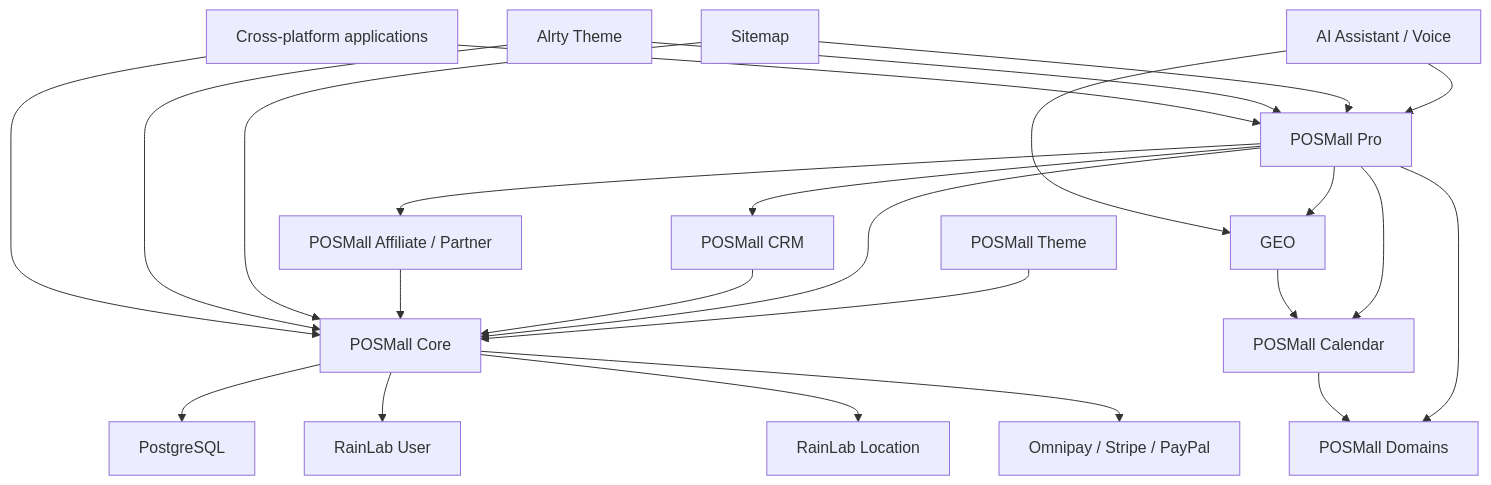
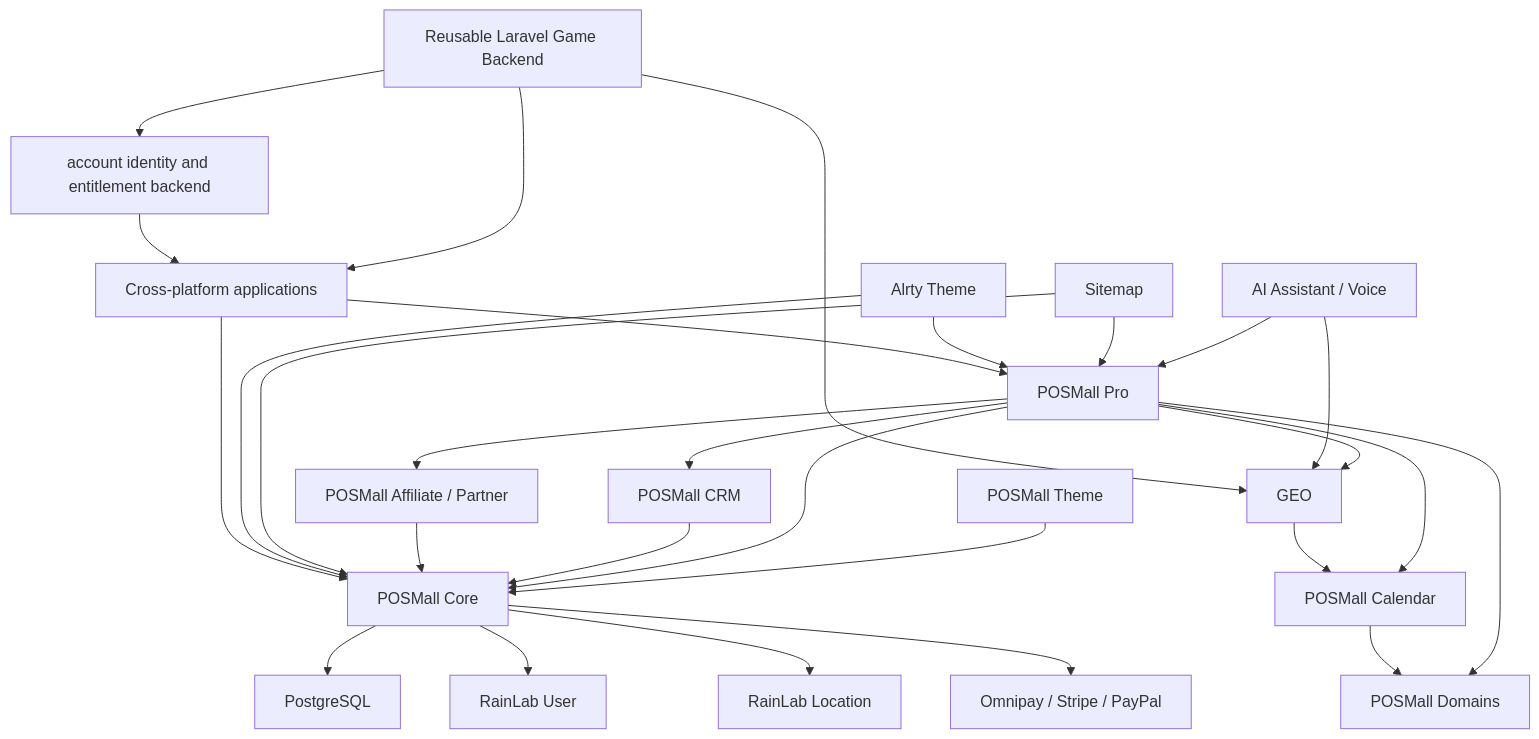
One commit to TjoBiZ/portfoliobackend changed the diagram in public/knowledge/posmall-complete-technical-dossier.md. Above: the diagram before and after it, drawn with Mermaid. The commit also changed other lines of this file and 4 other files, not shown here.

````diff
--- a/public/knowledge/posmall-complete-technical-dossier.md
+++ b/public/knowledge/posmall-complete-technical-dossier.md
@@ -248,43 +249,49 @@
 ```mermaid
 graph TD
   Core["POSMall Core"]
   Theme["POSMall Theme"]
   Pro["POSMall Pro"]
   CRM["POSMall CRM"]
   Affiliate["POSMall Affiliate / Partner"]
   Calendar["POSMall Calendar"]
   Domains["POSMall Domains"]
   Geo["GEO"]
   Voice["AI Assistant / Voice"]
   Sitemap["Sitemap"]
+  AccountEntitlement["account identity and entitlement backend"]
+  GameBackend["Reusable Laravel Game Backend"]
   Alrty["Alrty Theme"]
   Apps["Cross-platform applications"]
   RainUser["RainLab User"]
   RainLocation["RainLab Location"]
   Omnipay["Omnipay / Stripe / PayPal"]
   PostgreSQL["PostgreSQL"]
 
   Core --> PostgreSQL
   Core --> RainUser
   Core --> RainLocation
   Core --> Omnipay
   Theme --> Core
   Pro --> Core
   Pro --> CRM
   Pro --> Affiliate
   Pro --> Calendar
   Pro --> Domains
   Pro --> Geo
   CRM --> Core
   Affiliate --> Core
   Calendar --> Domains
   Geo --> Calendar
   Voice --> Pro
   Voice --> Geo
   Sitemap --> Core
   Sitemap --> Pro
+  GameBackend --> AccountEntitlement
+  GameBackend --> Geo
+  GameBackend --> Apps
+  AccountEntitlement --> Apps
   Alrty --> Core
   Alrty --> Pro
   Apps --> Core
   Apps --> Pro
 ```
````
